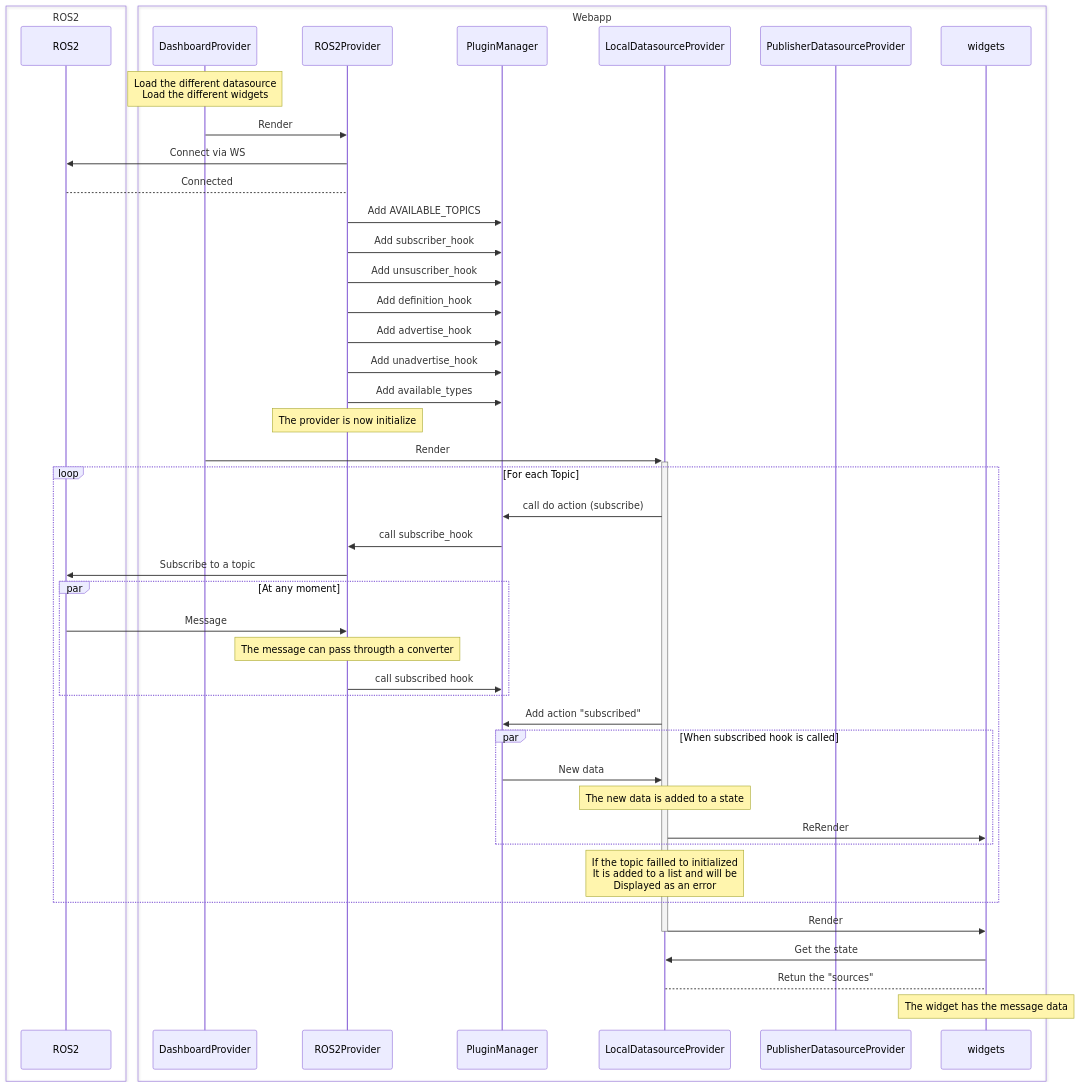
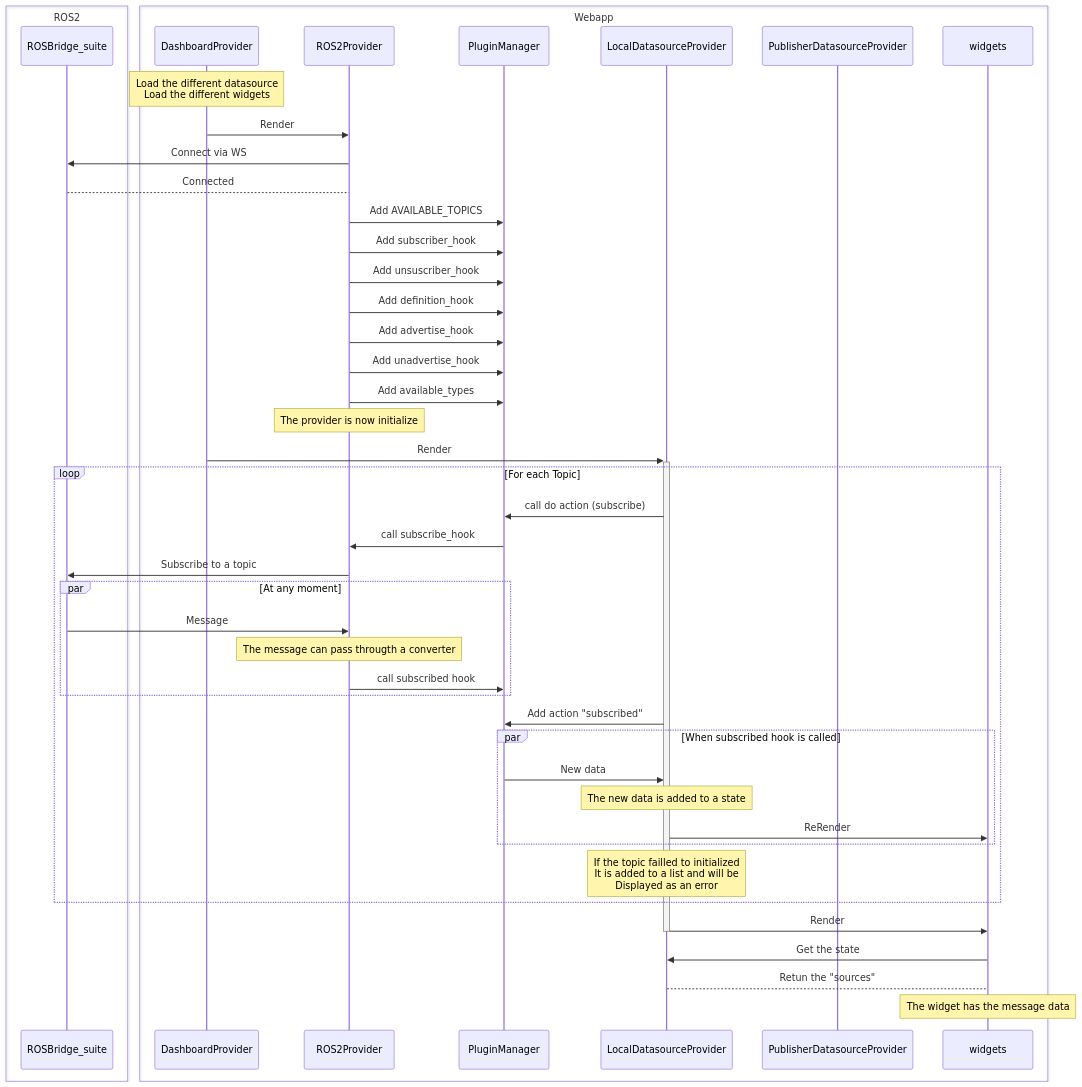
The sixth of 9 diagrams in readme.md (RMA-Robotics-Autonomous-Systems/ORMI), drawn with Mermaid before and after one commit. The commit also changed other lines of this file, not shown here.

````diff
--- a/readme.md
+++ b/readme.md
@@ -24,60 +396,60 @@
 ```mermaid
 sequenceDiagram
     box ROS2
-    participant r2 as ROS2
+        participant r2 as ROSBridge_suite
     end
     box Webapp
         participant dp as DashboardProvider
         participant rp as ROS2Provider
         participant pm as PluginManager
         participant ld as LocalDatasourceProvider
         participant pd as PublisherDatasourceProvider
         participant w as widgets
     end
 
     Note over dp: Load the different datasource <br> Load the different widgets
 
     dp->>rp: Render
     rp->>r2: Connect via WS
     r2-->rp: Connected
 
     rp->>pm: Add AVAILABLE_TOPICS
     rp->>pm: Add subscriber_hook
     rp->>pm: Add unsuscriber_hook
     rp->>pm: Add definition_hook
     rp->>pm: Add advertise_hook
     rp->>pm: Add unadvertise_hook
     rp->>pm: Add available_types
 
     Note over rp: The provider is now initialize
 
     dp->>+ld: Render
 
     loop For each Topic
         ld->>pm: call do action (subscribe)
         pm->>rp: call subscribe_hook
         rp->>r2: Subscribe to a topic
 
         par At any moment
             r2->>rp: Message
             Note over rp: The message can pass througth a converter
             rp->>pm: call subscribed hook
         end
 
         ld->>pm: Add action "subscribed"
 
         par When subscribed hook is called
             pm->>ld: New data
             Note over ld: The new data is added to a state
             ld->>w: ReRender
         end
 
         Note over ld: If the topic failled to initialized <br> It is added to a list and will be <br> Displayed as an error
     end
 
     ld->>-w: Render
 
     w->>ld: Get the state
     ld-->w: Retun the "sources"
     Note over w: The widget has the message data
 ```
````
